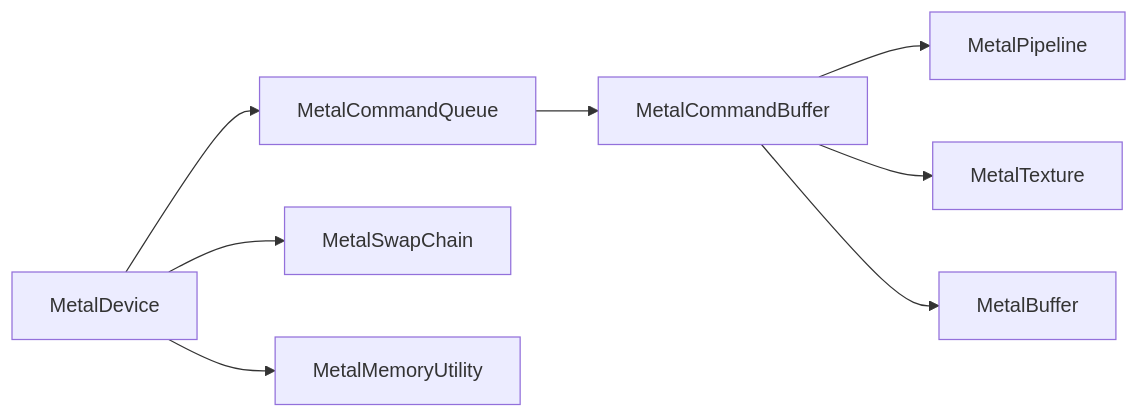
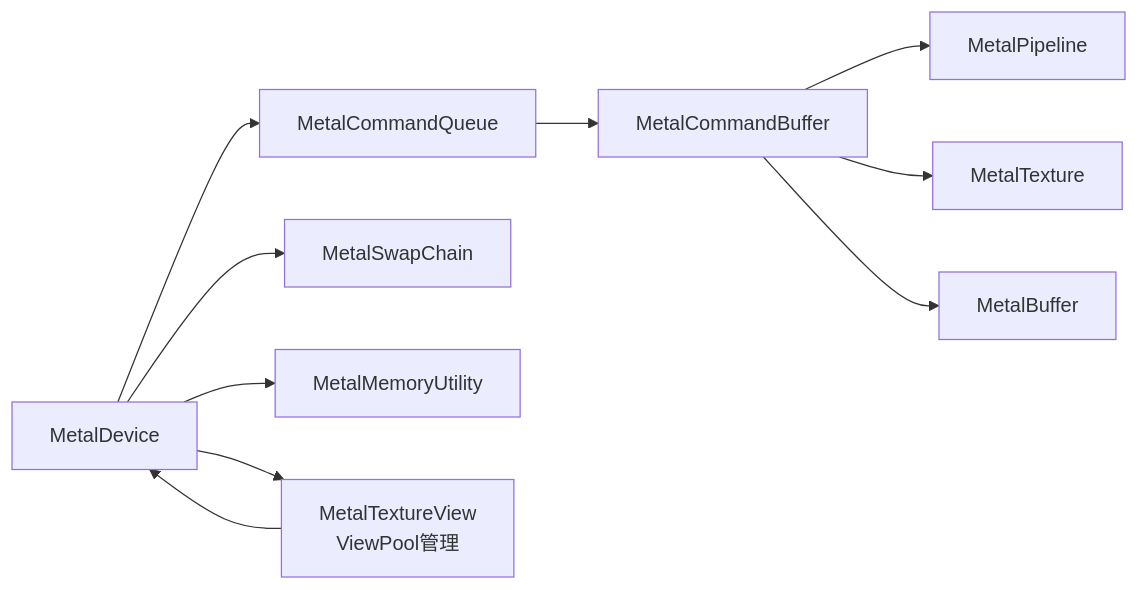
The ninth of 9 diagrams in .qoder/repowiki/zh/content/后端实现/Metal 后端.md (haolange/SharpGPU), drawn with Mermaid before and after one commit. The commit also changed other lines of this file and 4 other files, not shown here.

````diff
--- a/.qoder/repowiki/zh/content/后端实现/Metal 后端.md
+++ b/.qoder/repowiki/zh/content/后端实现/Metal 后端.md
@@ -326,10 +388,12 @@
 ```mermaid
 graph LR
 MD["MetalDevice"] --> MQ["MetalCommandQueue"]
 MQ --> MB["MetalCommandBuffer"]
 MB --> MP["MetalPipeline"]
 MB --> MT["MetalTexture"]
 MB --> MBuf["MetalBuffer"]
 MD --> MSC["MetalSwapChain"]
 MD --> MM["MetalMemoryUtility"]
+MD --> MTP["MetalTextureView<br/>ViewPool管理"]
+MTP --> MD
 ```
````
